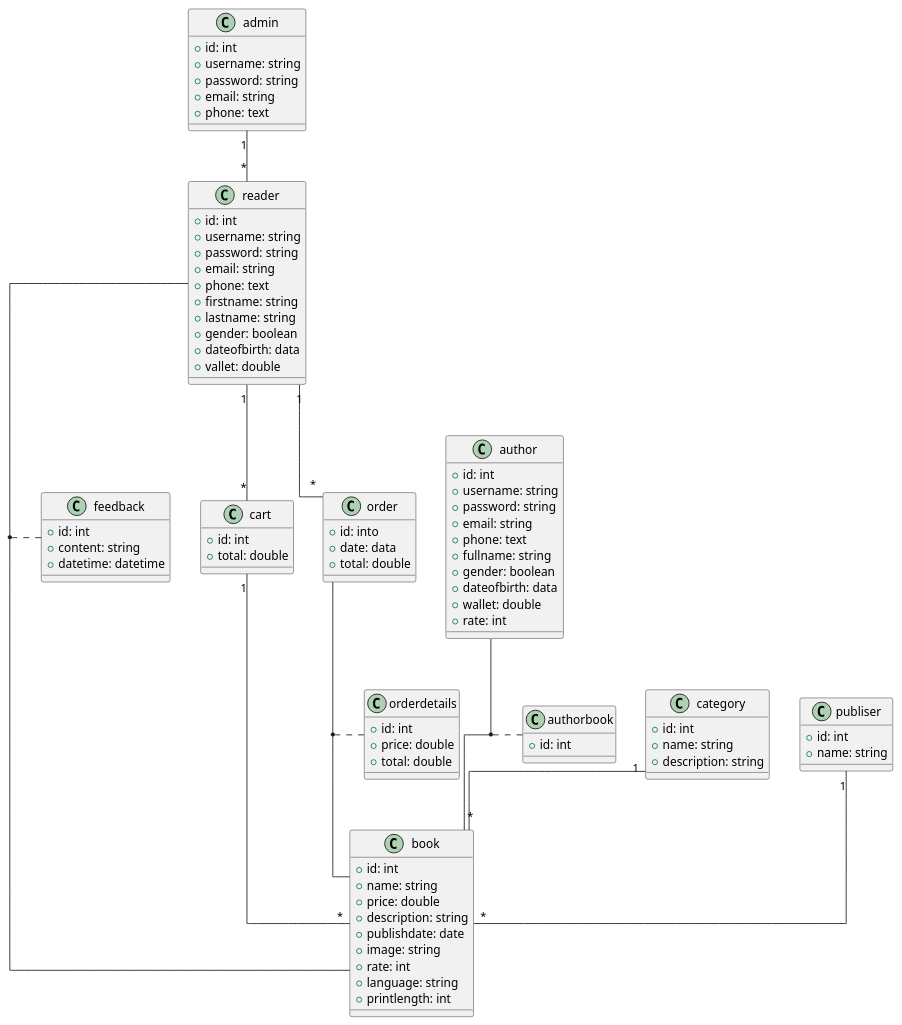
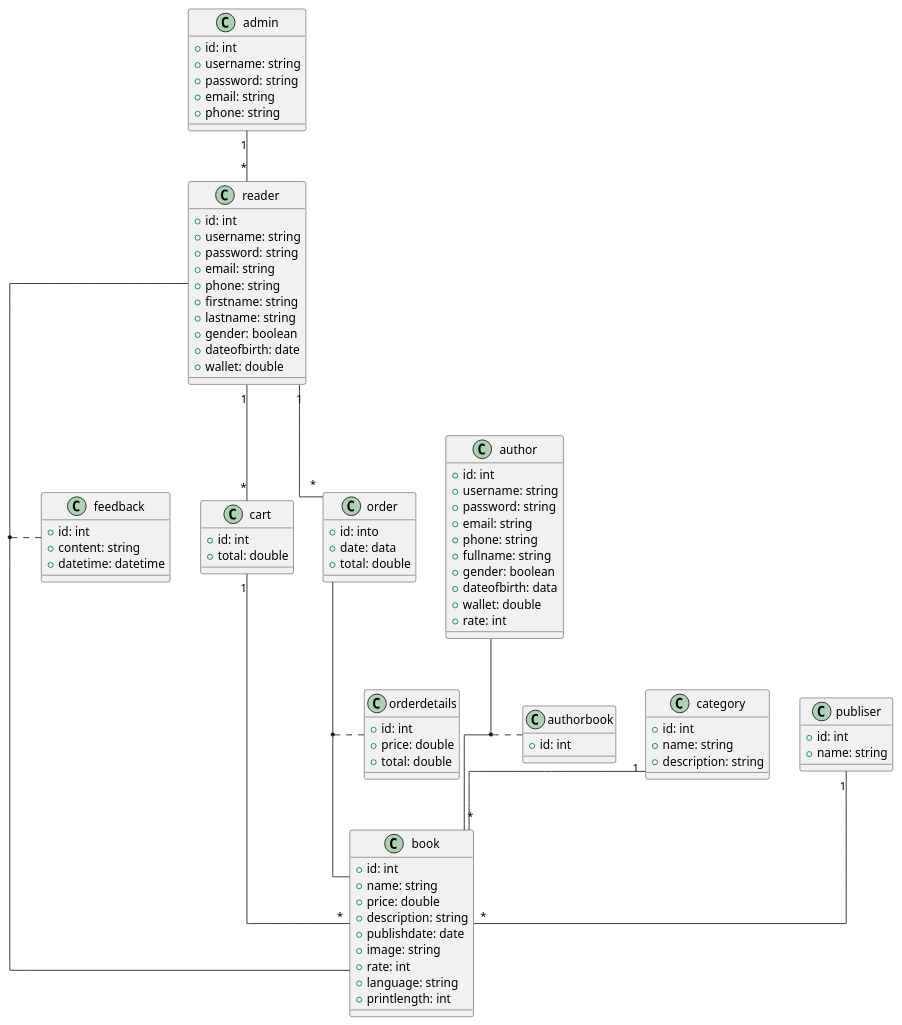
Before and after one commit to ngquocthong/projectweb_bookshop: the diagram in diagrams/projectweb.plantuml, drawn with PlantUML.

Commit message:
changing data type in admin, author

```diff
--- a/diagrams/projectweb.plantuml
+++ b/diagrams/projectweb.plantuml
@@ -1,101 +1,101 @@
 @startuml
 skinparam linetype ortho
 
 class admin{
     + id: int
     + username: string
     + password: string
     + email: string 
-    + phone: text
+    + phone: string
 }
 
 class reader{
     + id: int
     + username: string
     + password: string
     + email: string
-    + phone: text
+    + phone: string
     + firstname: string
     + lastname: string
     + gender: boolean
-    + dateofbirth: data
-    + vallet: double
+    + dateofbirth: date
+    + wallet: double
 }
 
 class category{
     + id: int 
     + name: string
     + description: string
 }
 
 class publiser{
     + id: int
     + name: string
 }
 
 class book{
     + id: int
     + name: string
     + price: double
     + description: string
     + publishdate: date 
     + image: string
     + rate: int
     + language: string
     + printlength: int
 }
 
 class cart{
     + id: int
     + total: double
 }
 
 class feedback{
     + id: int
     + content: string
     + datetime: datetime
 }
 
 class order{
     + id: into
     + date: data
     + total: double
 }
 
 class orderdetails{
     + id: int
     + price: double
     + total: double
 }
 
 class author{
     + id: int
     + username: string
     + password: string
     + email: string
-    + phone: text
+    + phone: string
     + fullname: string
     + gender: boolean
     + dateofbirth: data
     + wallet: double
     + rate: int
 
 }
 
 class authorbook{
     + id: int
 }
 
 
 reader "1" -- "*" cart
 cart "1" -- "*" book
 reader "1" -- "*" order
 category "1" -- "*" book
 publiser "1" -- "*" book
 admin "1" -- "*" reader
 
 (reader,book) .. feedback
 (order,book) .. orderdetails
 (author,book) .. authorbook
 
 @enduml
```
